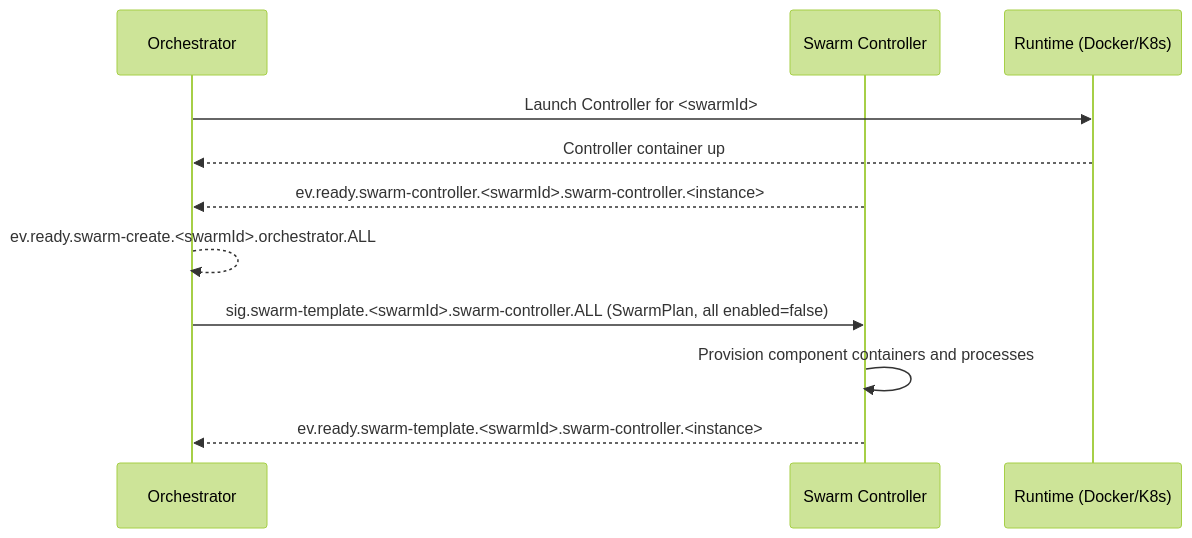
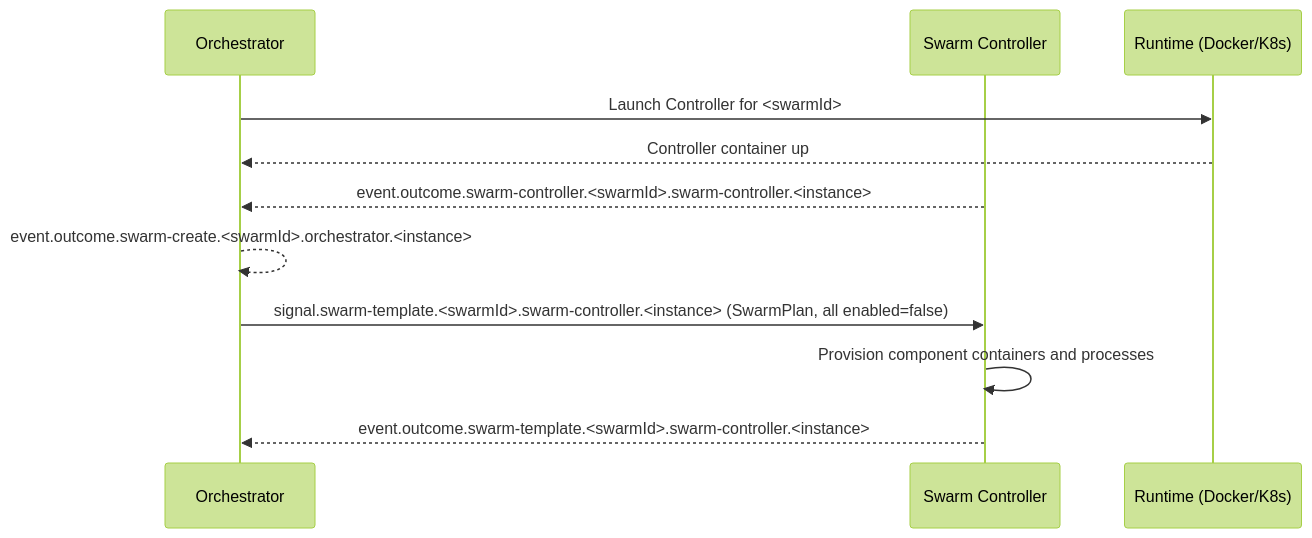
The first of 6 diagrams in docs/ARCHITECTURE.md (sepa79/PocketHive), drawn with Mermaid (forest theme) before and after one commit. The commit also changed other lines of this file and 13 other files, not shown here.

````diff
--- a/docs/ARCHITECTURE.md
+++ b/docs/ARCHITECTURE.md
@@ -202,15 +347,15 @@
 ```mermaid
 sequenceDiagram
   participant QN as Orchestrator
   participant MSH as Swarm Controller
   participant RT as Runtime (Docker/K8s)
 
   QN->>RT: Launch Controller for <swarmId>
   RT-->>QN: Controller container up
-  MSH-->>QN: ev.ready.swarm-controller.<swarmId>.swarm-controller.<instance>
-  QN-->>QN: ev.ready.swarm-create.<swarmId>.orchestrator.ALL
+  MSH-->>QN: event.outcome.swarm-controller.<swarmId>.swarm-controller.<instance>
+  QN-->>QN: event.outcome.swarm-create.<swarmId>.orchestrator.<instance>
 
-  QN->>MSH: sig.swarm-template.<swarmId>.swarm-controller.ALL (SwarmPlan, all enabled=false)
+  QN->>MSH: signal.swarm-template.<swarmId>.swarm-controller.<instance> (SwarmPlan, all enabled=false)
   MSH->>MSH: Provision component containers and processes
-  MSH-->>QN: ev.ready.swarm-template.<swarmId>.swarm-controller.<instance>
+  MSH-->>QN: event.outcome.swarm-template.<swarmId>.swarm-controller.<instance>
 ```
````
